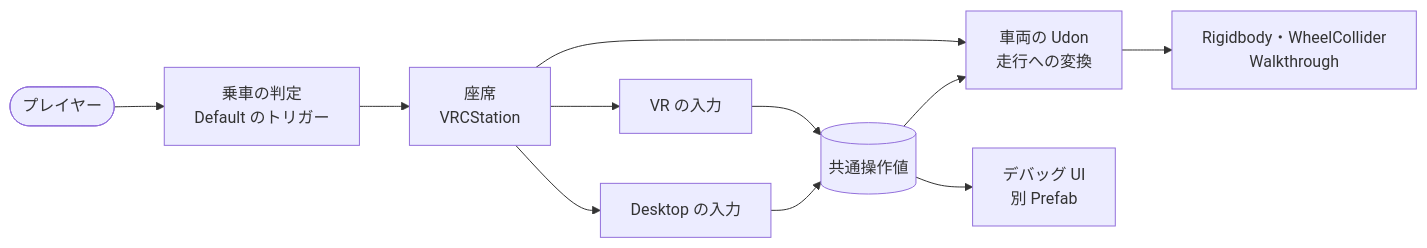
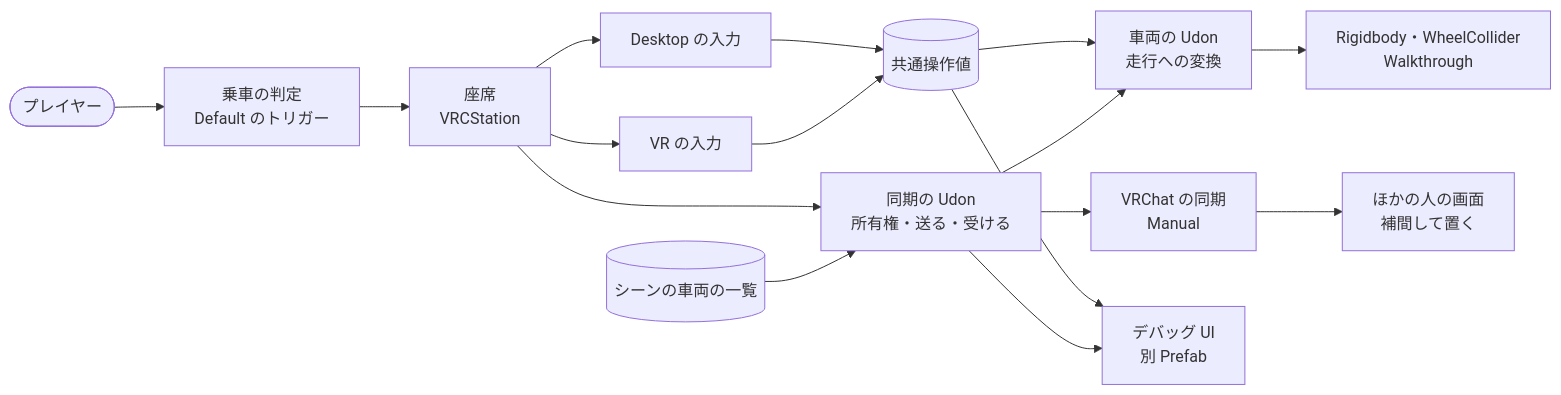
Before and after one commit to yakimannzyuu/YakimaTank: the second of 6 diagrams in Docs/03_Architecture/architecture.md, drawn with Mermaid. The commit also changed other lines of this file and 9 other files, not shown here.

````diff
--- a/Docs/03_Architecture/architecture.md
+++ b/Docs/03_Architecture/architecture.md
@@ -34,13 +35,18 @@
 ```mermaid
 flowchart LR
   player([プレイヤー]) --> boarding[乗車の判定<br/>Default のトリガー]
   boarding --> seat[座席<br/>VRCStation]
   seat --> desktop[Desktop の入力]
   seat --> vr[VR の入力]
   desktop --> control[(共通操作値)]
   vr --> control
   control --> vehicle[車両の Udon<br/>走行への変換]
-  seat --> vehicle
+  seat --> sync[同期の Udon<br/>所有権・送る・受ける]
+  sync --> vehicle
   vehicle --> physics[Rigidbody・WheelCollider<br/>Walkthrough]
+  sync --> net[VRChat の同期<br/>Manual]
+  net --> remote[ほかの人の画面<br/>補間して置く]
+  registry[(シーンの車両の一覧)] --> sync
   control --> panel[デバッグ UI<br/>別 Prefab]
+  sync --> panel
 ```
````
